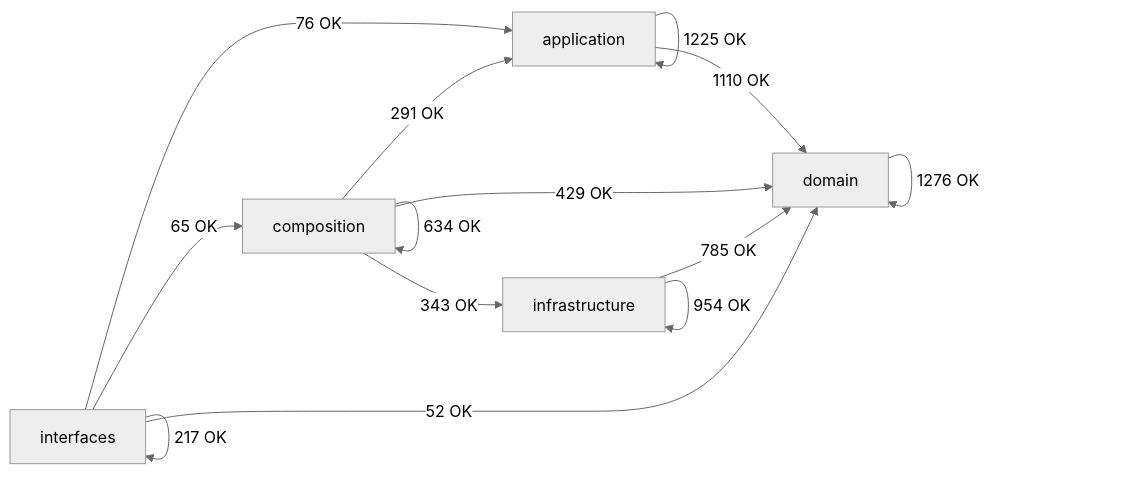
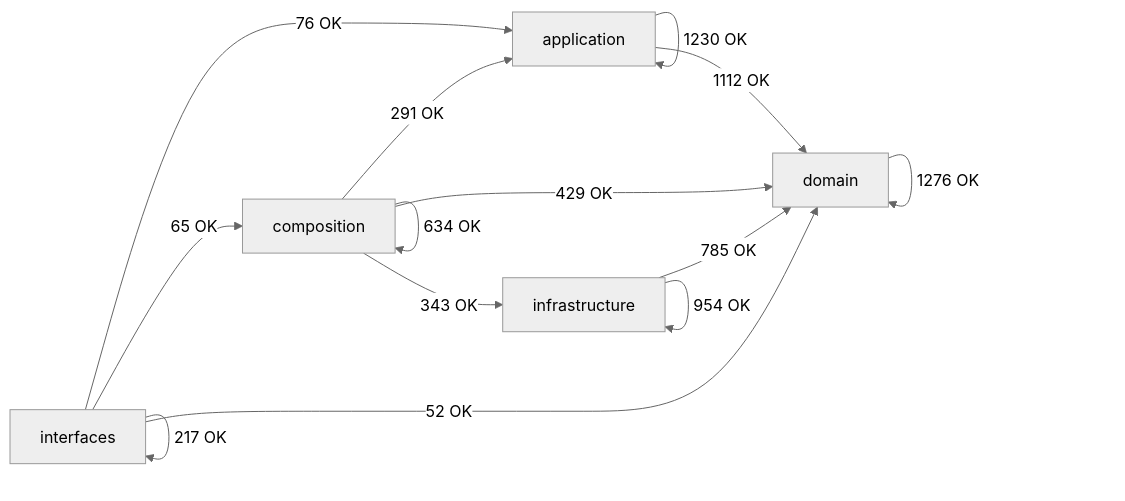
One commit to SatoryKono/BioactivityDataAcquisition changed the diagram in docs/02-architecture/generated/module-dependency-map.md. Above: the diagram before and after it, drawn with Mermaid (neutral theme). The commit also changed other lines of this file and 12 other files, not shown here.

````diff
--- a/docs/02-architecture/generated/module-dependency-map.md
+++ b/docs/02-architecture/generated/module-dependency-map.md
@@ -17,21 +17,21 @@
 ```mermaid
 flowchart LR
     domain[domain]
     application[application]
     infrastructure[infrastructure]
     composition[composition]
     interfaces[interfaces]
-    application -->|1225 OK| application
-    application -->|1110 OK| domain
+    application -->|1230 OK| application
+    application -->|1112 OK| domain
     composition -->|291 OK| application
     composition -->|634 OK| composition
     composition -->|429 OK| domain
     composition -->|343 OK| infrastructure
     domain -->|1276 OK| domain
     infrastructure -->|785 OK| domain
     infrastructure -->|954 OK| infrastructure
     interfaces -->|76 OK| application
     interfaces -->|65 OK| composition
     interfaces -->|52 OK| domain
     interfaces -->|217 OK| interfaces
 ```
````
